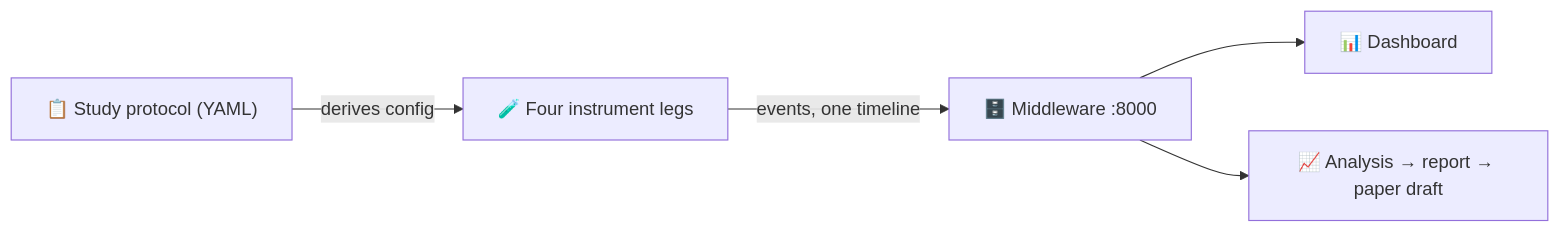
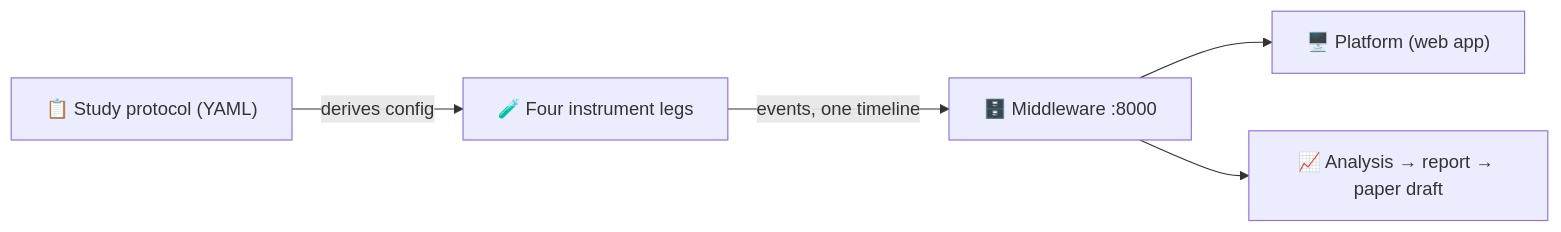
The diagram in CONTRIBUTING.md (idreesshaikh/human-ai-studies-framework), drawn with Mermaid before and after one commit. The commit also changed other lines of this file and 391 other files, not shown here.

````diff
--- a/CONTRIBUTING.md
+++ b/CONTRIBUTING.md
@@ -44,7 +44,7 @@
 ```mermaid
 flowchart LR
     P["📋 Study protocol (YAML)"] -- derives config --> I["🧪 Four instrument legs"]
     I -- "events, one timeline" --> M["🗄️ Middleware :8000"]
-    M --> D["📊 Dashboard"]
+    M --> D["🖥️ Platform (web app)"]
     M --> A["📈 Analysis → report → paper draft"]
 ```
````
